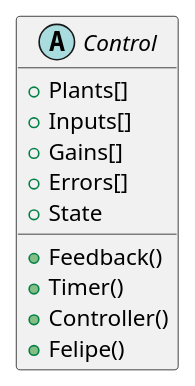
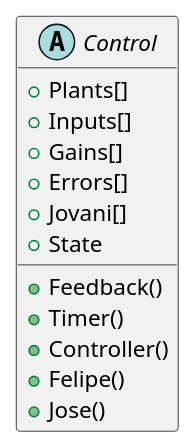
Before and after one commit to JERL88/Prueba: the diagram in PlantUML design/ThreeMonkeys.puml, drawn with PlantUML.

Commit message:
cambios chidos

```diff
--- a/PlantUML design/ThreeMonkeys.puml
+++ b/PlantUML design/ThreeMonkeys.puml
@@ -1,20 +1,22 @@
 @startuml
 
 abstract Control{
 
     +Plants[]
     +Inputs[]
     +Gains[]
     +Errors[]
+    +Jovani[]
     +State
     +Feedback() 
     +Timer()
     +Controller()
     +Felipe()   
+    +Jose()
     
 }
 
 
 
 
 @enduml
```
